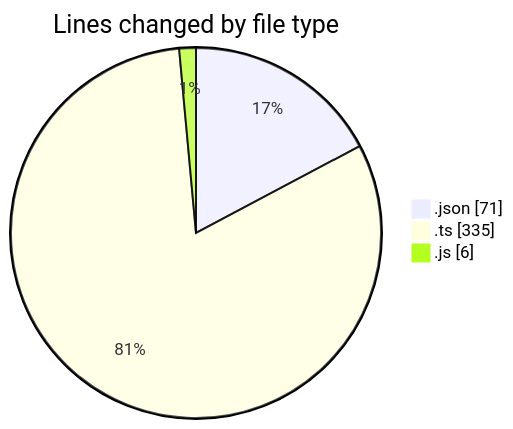
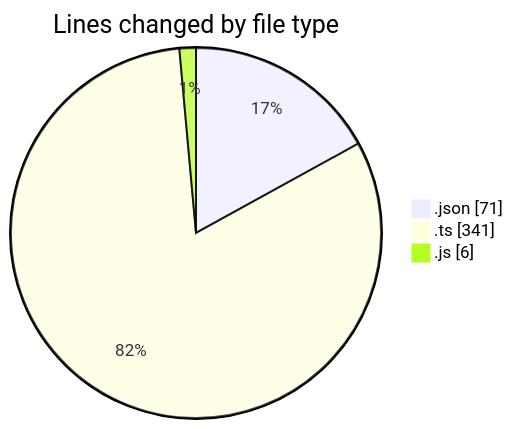
One commit to momahboobian/code-tracking changed the first of 2 diagrams in 2025-02-06/cda/README.md. Above: the diagram before and after it, drawn with Mermaid. The commit also changed other lines of this file and 1 other file, not shown here.

````diff
--- a/2025-02-06/cda/README.md
+++ b/2025-02-06/cda/README.md
@@ -25,7 +25,7 @@
 ```mermaid
 pie showData
 title Lines changed by file type
 ".json" : 71
-".ts" : 335
+".ts" : 341
 ".js" : 6
 ```
````
